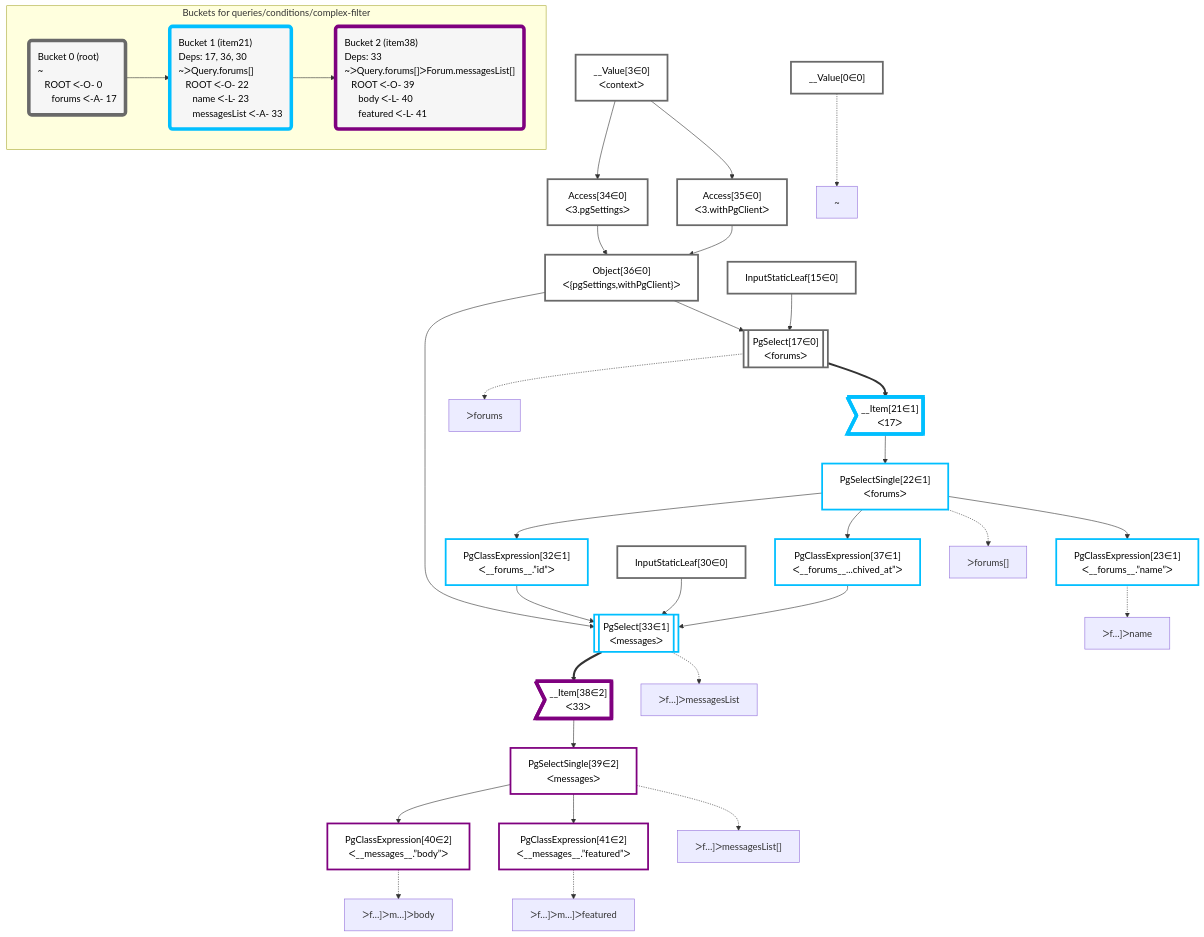
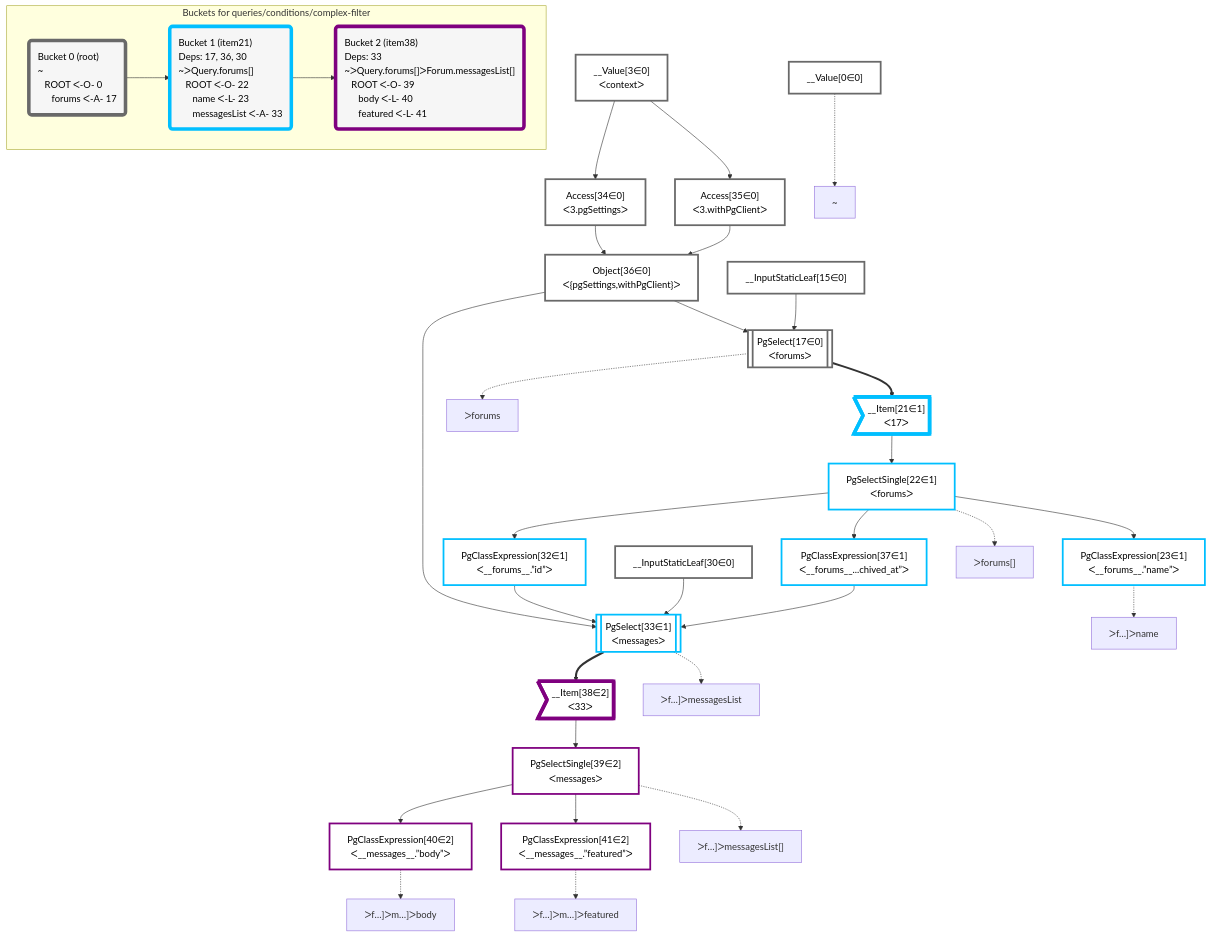
Before and after one commit to graphile/crystal: the diagram in packages/dataplan-pg/__tests__/queries/conditions/complex-filter.deopt.mermaid.md, drawn with Mermaid. The commit also changed 79 other files, not shown here.

````diff
--- a/packages/dataplan-pg/__tests__/queries/conditions/complex-filter.deopt.mermaid.md
+++ b/packages/dataplan-pg/__tests__/queries/conditions/complex-filter.deopt.mermaid.md
@@ -1,77 +1,77 @@
 ```mermaid
 graph TD
     classDef path fill:#eee,stroke:#000,color:#000
     classDef plan fill:#fff,stroke-width:3px,color:#000
     classDef itemplan fill:#fff,stroke-width:6px,color:#000
     classDef sideeffectplan fill:#f00,stroke-width:6px,color:#000
     classDef bucket fill:#f6f6f6,color:#000,stroke-width:6px,text-align:left
 
 
     %% define plans
     __Value0["__Value[0∈0]"]:::plan
     PgClassExpression23["PgClassExpression[23∈1]<br />ᐸ__forums__.”name”ᐳ"]:::plan
     PgClassExpression40["PgClassExpression[40∈2]<br />ᐸ__messages__.”body”ᐳ"]:::plan
     PgClassExpression41["PgClassExpression[41∈2]<br />ᐸ__messages__.”featured”ᐳ"]:::plan
     PgSelectSingle39["PgSelectSingle[39∈2]<br />ᐸmessagesᐳ"]:::plan
     __Item38>"__Item[38∈2]<br />ᐸ33ᐳ"]:::itemplan
     PgSelect33[["PgSelect[33∈1]<br />ᐸmessagesᐳ"]]:::plan
     PgClassExpression32["PgClassExpression[32∈1]<br />ᐸ__forums__.”id”ᐳ"]:::plan
     PgClassExpression37["PgClassExpression[37∈1]<br />ᐸ__forums__...chived_at”ᐳ"]:::plan
     PgSelectSingle22["PgSelectSingle[22∈1]<br />ᐸforumsᐳ"]:::plan
     __Item21>"__Item[21∈1]<br />ᐸ17ᐳ"]:::itemplan
     PgSelect17[["PgSelect[17∈0]<br />ᐸforumsᐳ"]]:::plan
     Object36["Object[36∈0]<br />ᐸ{pgSettings,withPgClient}ᐳ"]:::plan
     Access34["Access[34∈0]<br />ᐸ3.pgSettingsᐳ"]:::plan
     Access35["Access[35∈0]<br />ᐸ3.withPgClientᐳ"]:::plan
     __Value3["__Value[3∈0]<br />ᐸcontextᐳ"]:::plan
-    InputStaticLeaf15["InputStaticLeaf[15∈0]"]:::plan
-    InputStaticLeaf30["InputStaticLeaf[30∈0]"]:::plan
+    __InputStaticLeaf15["__InputStaticLeaf[15∈0]"]:::plan
+    __InputStaticLeaf30["__InputStaticLeaf[30∈0]"]:::plan
 
     %% plan dependencies
     PgSelectSingle22 --> PgClassExpression23
     PgSelectSingle39 --> PgClassExpression40
     PgSelectSingle39 --> PgClassExpression41
     __Item38 --> PgSelectSingle39
     PgSelect33 ==> __Item38
-    Object36 & PgClassExpression32 & InputStaticLeaf30 & PgClassExpression37 --> PgSelect33
+    Object36 & PgClassExpression32 & __InputStaticLeaf30 & PgClassExpression37 --> PgSelect33
     PgSelectSingle22 --> PgClassExpression32
     PgSelectSingle22 --> PgClassExpression37
     __Item21 --> PgSelectSingle22
     PgSelect17 ==> __Item21
-    Object36 & InputStaticLeaf15 --> PgSelect17
+    Object36 & __InputStaticLeaf15 --> PgSelect17
     Access34 & Access35 --> Object36
     __Value3 --> Access34
     __Value3 --> Access35
 
     %% plan-to-path relationships
     P0["~"]
     __Value0 -.-> P0
     P17["ᐳforums"]
     PgSelect17 -.-> P17
     P22["ᐳforums[]"]
     PgSelectSingle22 -.-> P22
     P23["ᐳf…]ᐳname"]
     PgClassExpression23 -.-> P23
     P33["ᐳf…]ᐳmessagesList"]
     PgSelect33 -.-> P33
     P39["ᐳf…]ᐳmessagesList[]"]
     PgSelectSingle39 -.-> P39
     P40["ᐳf…]ᐳm…]ᐳbody"]
     PgClassExpression40 -.-> P40
     P41["ᐳf…]ᐳm…]ᐳfeatured"]
     PgClassExpression41 -.-> P41
 
     subgraph "Buckets for queries/conditions/complex-filter"
     Bucket0("Bucket 0 (root)<br />~<br />⠀ROOT ᐸ-O- 0<br />⠀⠀forums ᐸ-A- 17"):::bucket
     classDef bucket0 stroke:#696969
-    class Bucket0,__Value0,__Value3,InputStaticLeaf15,PgSelect17,InputStaticLeaf30,Access34,Access35,Object36 bucket0
+    class Bucket0,__Value0,__Value3,__InputStaticLeaf15,PgSelect17,__InputStaticLeaf30,Access34,Access35,Object36 bucket0
     Bucket1("Bucket 1 (item21)<br />Deps: 17, 36, 30<br />~ᐳQuery.forums[]<br />⠀ROOT ᐸ-O- 22<br />⠀⠀name ᐸ-L- 23<br />⠀⠀messagesList ᐸ-A- 33"):::bucket
     classDef bucket1 stroke:#00bfff
     class Bucket1,__Item21,PgSelectSingle22,PgClassExpression23,PgClassExpression32,PgSelect33,PgClassExpression37 bucket1
     Bucket2("Bucket 2 (item38)<br />Deps: 33<br />~ᐳQuery.forums[]ᐳForum.messagesList[]<br />⠀ROOT ᐸ-O- 39<br />⠀⠀body ᐸ-L- 40<br />⠀⠀featured ᐸ-L- 41"):::bucket
     classDef bucket2 stroke:#7f007f
     class Bucket2,__Item38,PgSelectSingle39,PgClassExpression40,PgClassExpression41 bucket2
     Bucket0 --> Bucket1
     Bucket1 --> Bucket2
     end
 ```
````
